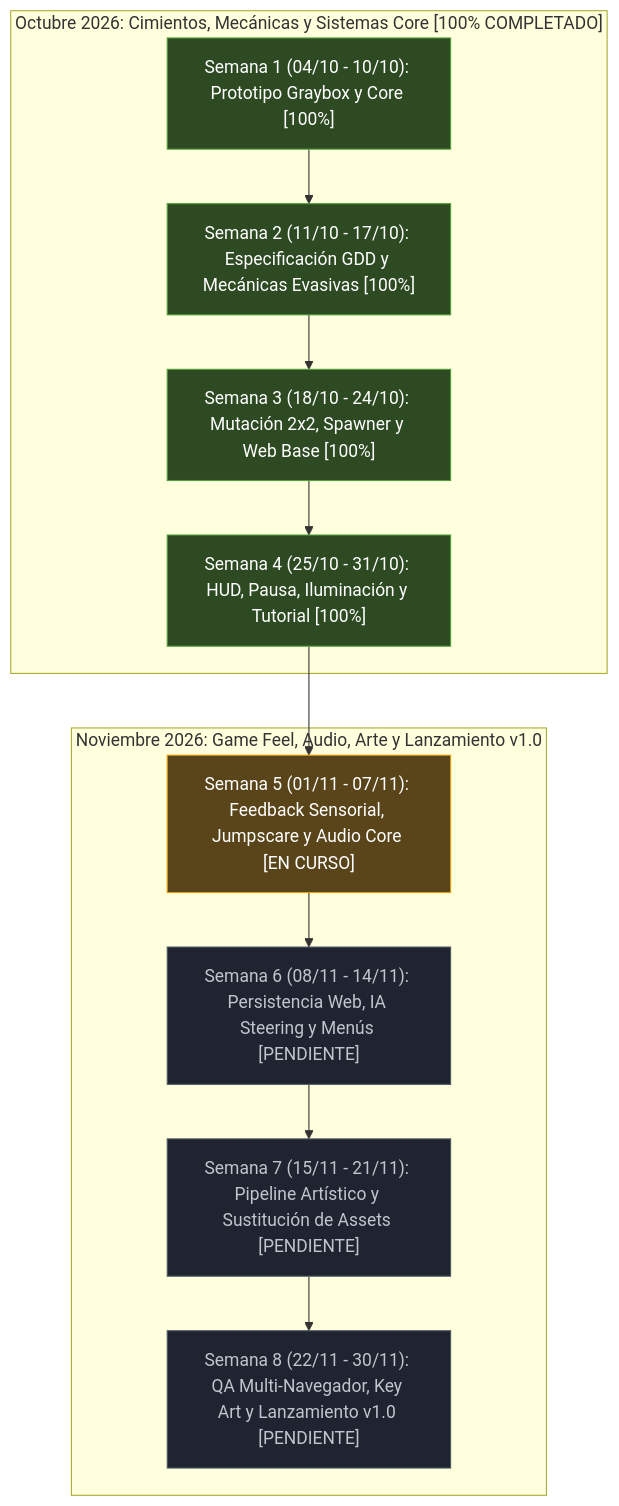
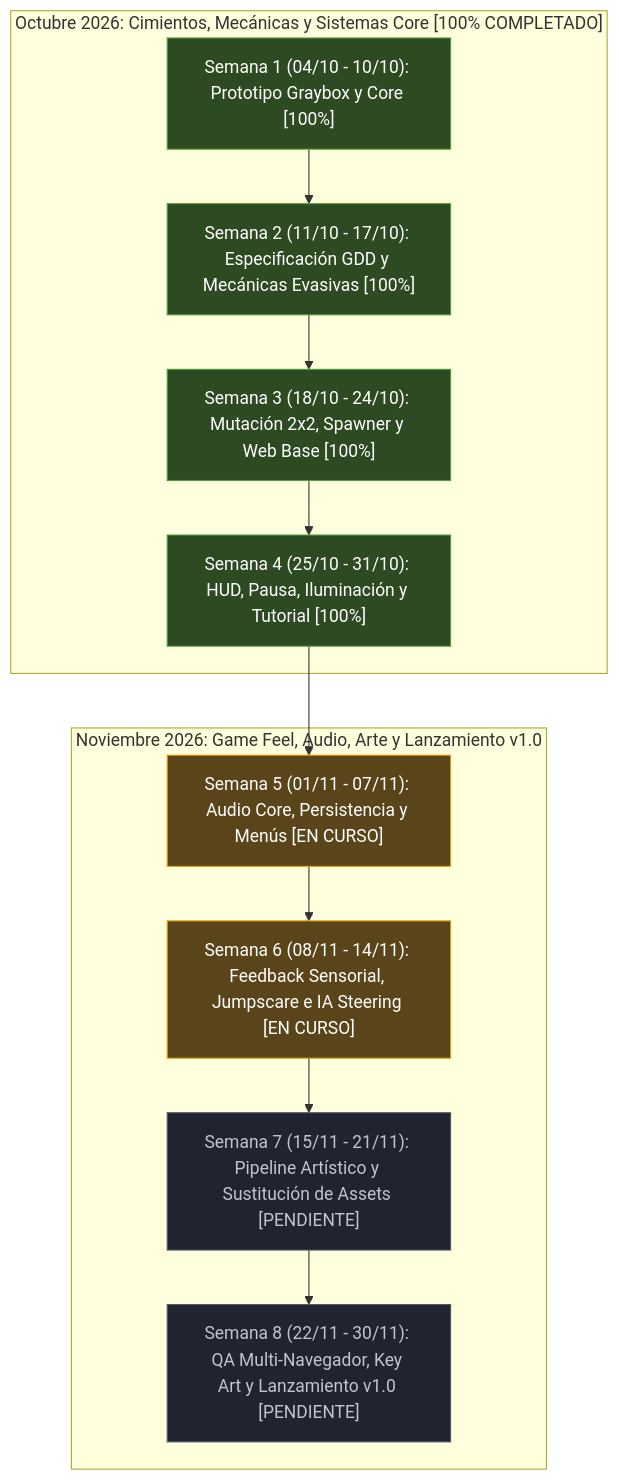
The diagram in docs/produccion/roadmap_y_hitos.md (EmGamex/vosque), drawn with Mermaid before and after one commit. The commit also changed other lines of this file and 2 other files, not shown here.

Commit message:
docs(produccion): sincronizar backlog, roadmap y estructura del proyecto con ultimos cambios

````diff
--- a/docs/produccion/roadmap_y_hitos.md
+++ b/docs/produccion/roadmap_y_hitos.md
@@ -9,32 +9,32 @@
 ```mermaid
 flowchart TD
     subgraph OCT ["Octubre 2026: Cimientos, Mecánicas y Sistemas Core [100% COMPLETADO]"]
         S1["Semana 1 (04/10 - 10/10): Prototipo Graybox y Core [100%]"]
         S2["Semana 2 (11/10 - 17/10): Especificación GDD y Mecánicas Evasivas [100%]"]
         S3["Semana 3 (18/10 - 24/10): Mutación 2x2, Spawner y Web Base [100%]"]
         S4["Semana 4 (25/10 - 31/10): HUD, Pausa, Iluminación y Tutorial [100%]"]
         S1 --> S2
         S2 --> S3
         S3 --> S4
     end
 
     subgraph NOV ["Noviembre 2026: Game Feel, Audio, Arte y Lanzamiento v1.0"]
-        S5["Semana 5 (01/11 - 07/11): Feedback Sensorial, Jumpscare y Audio Core [EN CURSO]"]
-        S6["Semana 6 (08/11 - 14/11): Persistencia Web, IA Steering y Menús [PENDIENTE]"]
+        S5["Semana 5 (01/11 - 07/11): Audio Core, Persistencia y Menús [EN CURSO]"]
+        S6["Semana 6 (08/11 - 14/11): Feedback Sensorial, Jumpscare e IA Steering [EN CURSO]"]
         S7["Semana 7 (15/11 - 21/11): Pipeline Artístico y Sustitución de Assets [PENDIENTE]"]
         S8["Semana 8 (22/11 - 30/11): QA Multi-Navegador, Key Art y Lanzamiento v1.0 [PENDIENTE]"]
         S5 --> S6
         S6 --> S7
         S7 --> S8
     end
 
     S4 --> S5
 
     classDef done fill:#2d4a22,stroke:#529e3a,color:#ffffff;
     classDef current fill:#5a451b,stroke:#e69f0c,color:#ffffff;
     classDef pending fill:#1f2430,stroke:#4f5b66,color:#c0c5ce;
 
     class S1,S2,S3,S4 done;
-    class S5 current;
-    class S6,S7,S8 pending;
+    class S5,S6 current;
+    class S7,S8 pending;
 ```
````
